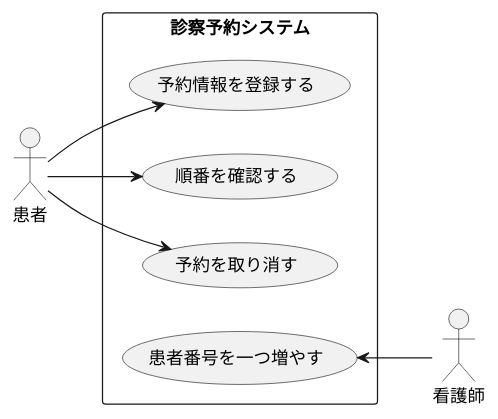
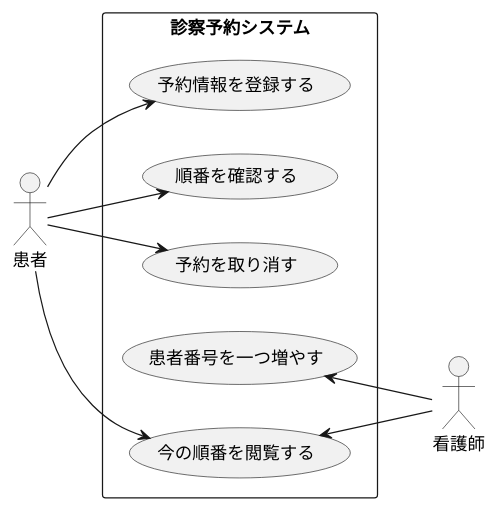
One commit to Kuya0307/unl-introduction changed the diagram in 演習６/演習6-3_ユースケース図_診察予約システム.pu. Above: the diagram before and after it, drawn with PlantUML. The commit also changed 6 other files, not shown here.

```diff
--- a/演習６/演習6-3_ユースケース図_診察予約システム.pu
+++ b/演習６/演習6-3_ユースケース図_診察予約システム.pu
@@ -1,17 +1,19 @@
 @startuml ユースケース図
     left to right direction
     actor 患者 as kan
     actor 看護師 as ns
     rectangle 診察予約システム{
         usecase 予約情報を登録する as res
         usecase 順番を確認する as conf
         usecase 予約を取り消す as del
         usecase 患者番号を一つ増やす as inc
+        usecase 今の順番を閲覧する as look
     }
     kan --> res
     kan --> conf
     kan --> del
     inc <-- ns
-
+    look <-- ns 
+    look <-- kan 
 
 @enduml
```
